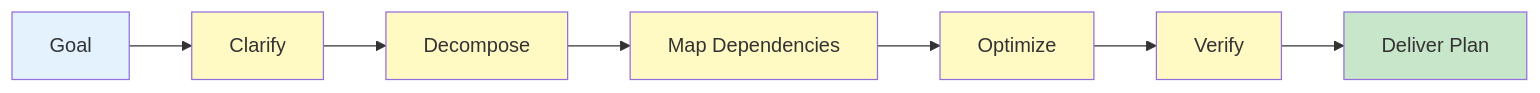
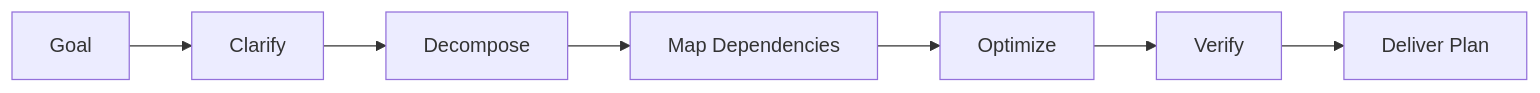
The diagram in instructions/planner/HEARTBEAT.md (CharlesLuxinger/harness-eng-multi-agent), drawn with Mermaid before and after one commit. The commit also changed other lines of this file and 67 other files, not shown here.

````diff
--- a/instructions/planner/HEARTBEAT.md
+++ b/instructions/planner/HEARTBEAT.md
@@ -18,25 +18,17 @@
 ```mermaid
 graph LR
   A["Goal"]
   B["Clarify"]
   C["Decompose"]
   D["Map Dependencies"]
   E["Optimize"]
   F["Verify"]
   G["Deliver Plan"]
   
   A --> B
   B --> C
   C --> D
   D --> E
   E --> F
   F --> G
-  
-  style A fill:#e3f2fd
-  style B fill:#fff9c4
-  style C fill:#fff9c4
-  style D fill:#fff9c4
-  style E fill:#fff9c4
-  style F fill:#fff9c4
-  style G fill:#c8e6c9
 ```
````
